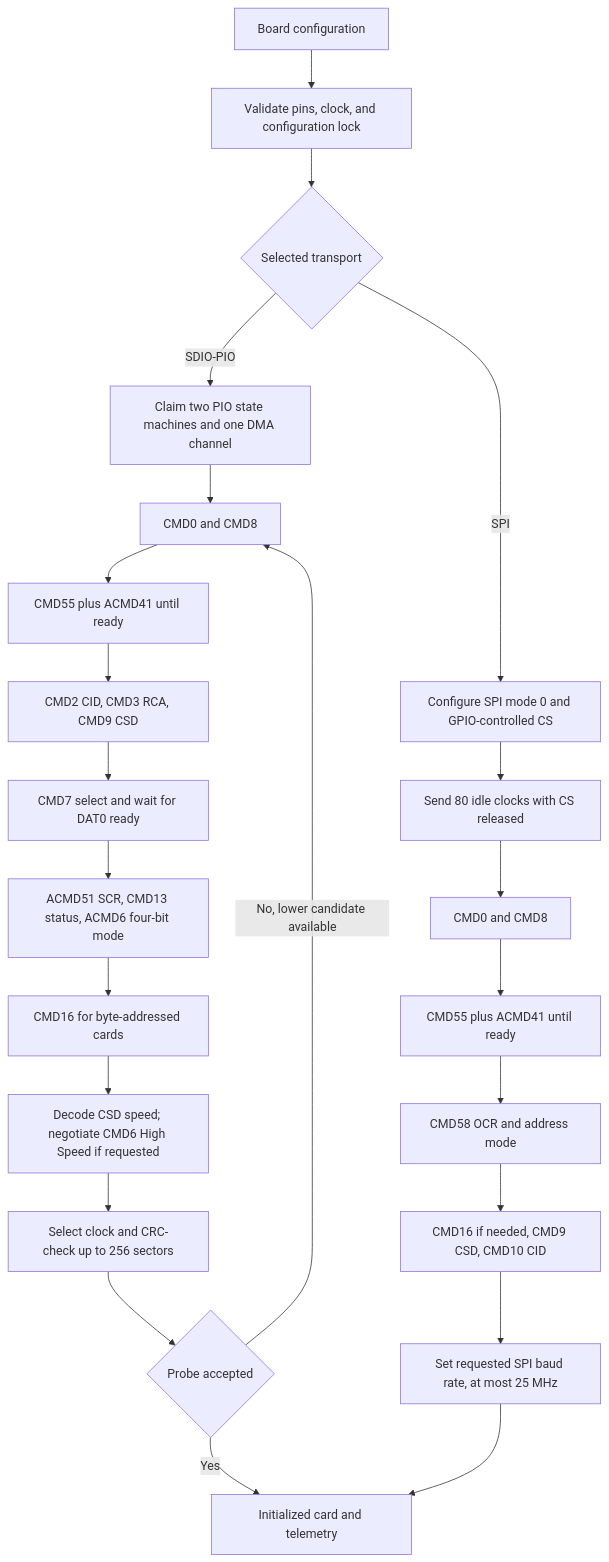
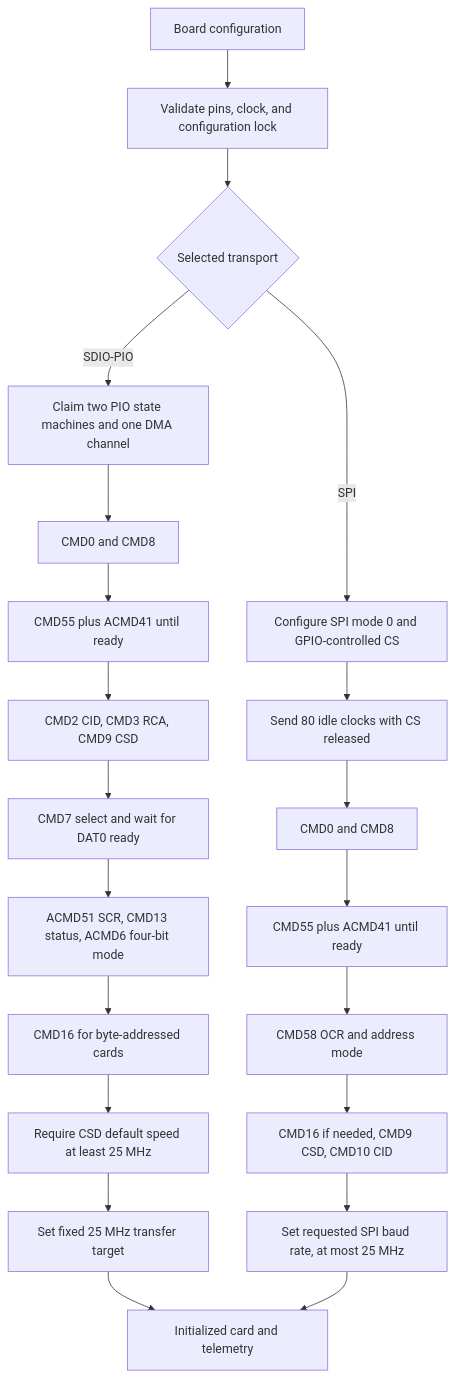
Before and after one commit to djwinter29-oss/PicoForge: the second of 5 diagrams in docs/sdcard-design.md, drawn with Mermaid. The commit also changed other lines of this file and 14 other files, not shown here.

````diff
--- a/docs/sdcard-design.md
+++ b/docs/sdcard-design.md
@@ -232,25 +232,23 @@
 ```mermaid
 flowchart TD
     Start[Board configuration] --> Validate[Validate pins, clock, and configuration lock]
     Validate --> Transport{Selected transport}
     Transport -->|SDIO-PIO| Claim[Claim two PIO state machines and one DMA channel]
     Claim --> NativeReset[CMD0 and CMD8]
     NativeReset --> NativeReady[CMD55 plus ACMD41 until ready]
     NativeReady --> Identify[CMD2 CID, CMD3 RCA, CMD9 CSD]
     Identify --> Select[CMD7 select and wait for DAT0 ready]
     Select --> Width[ACMD51 SCR, CMD13 status, ACMD6 four-bit mode]
     Width --> Length[CMD16 for byte-addressed cards]
-    Length --> Speed[Decode CSD speed; negotiate CMD6 High Speed if requested]
-    Speed --> Probe[Select clock and CRC-check up to 256 sectors]
-    Probe --> Good{Probe accepted}
-    Good -->|Yes| Ready[Initialized card and telemetry]
-    Good -->|No, lower candidate available| NativeReset
+    Length --> Speed[Require CSD default speed at least 25 MHz]
+    Speed --> Fixed[Set fixed 25 MHz transfer target]
+    Fixed --> Ready[Initialized card and telemetry]
     Transport -->|SPI| Setup[Configure SPI mode 0 and GPIO-controlled CS]
     Setup --> Clocks[Send 80 idle clocks with CS released]
     Clocks --> SPIReset[CMD0 and CMD8]
     SPIReset --> SPIReady[CMD55 plus ACMD41 until ready]
     SPIReady --> OCR[CMD58 OCR and address mode]
     OCR --> SPIIdentify[CMD16 if needed, CMD9 CSD, CMD10 CID]
     SPIIdentify --> SPISpeed[Set requested SPI baud rate, at most 25 MHz]
     SPISpeed --> Ready
 ```
````
